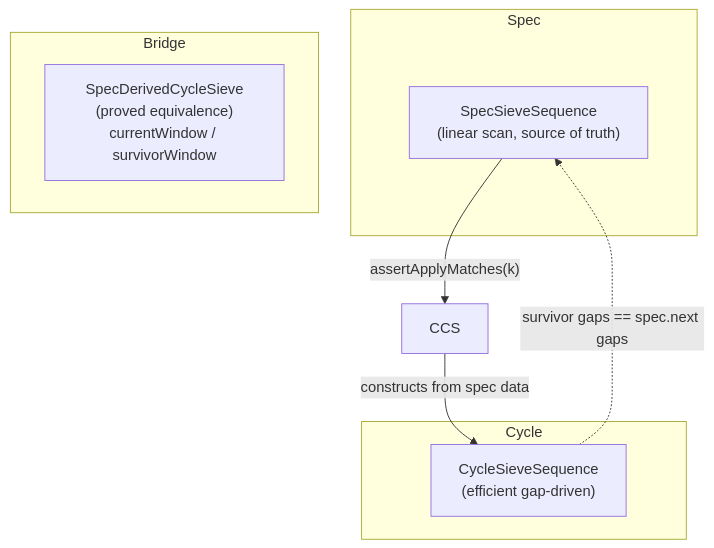
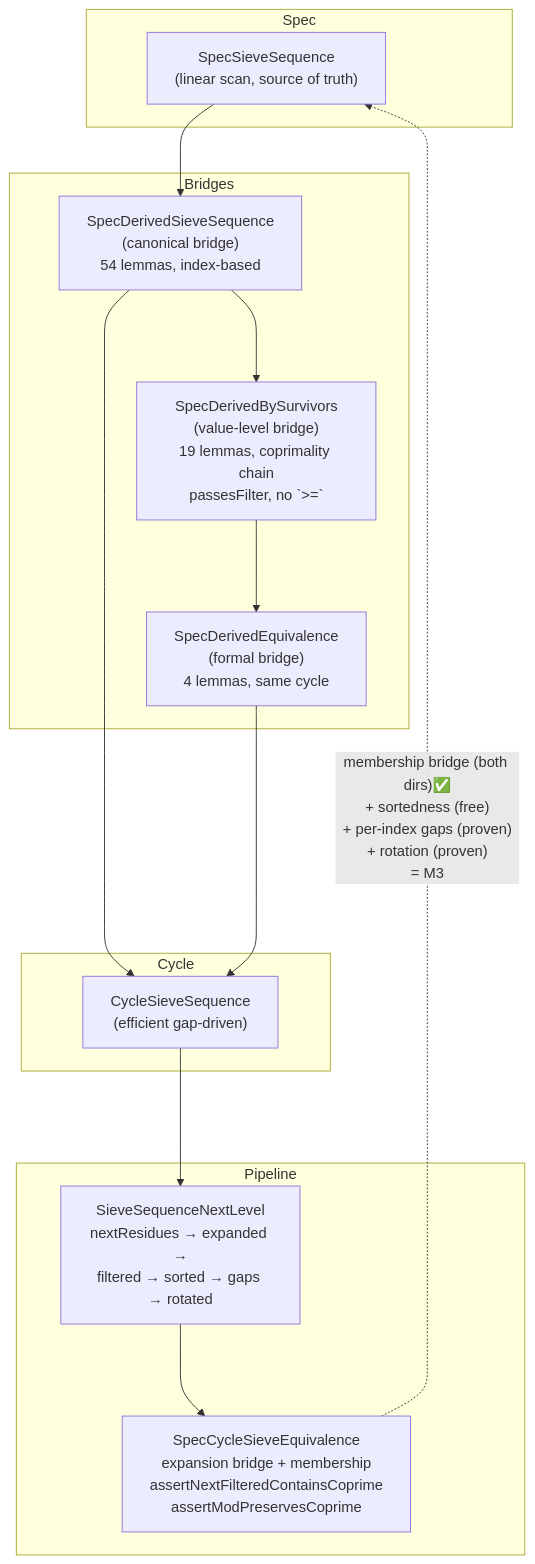
Before and after one commit to thiagomata/prime-numbers: the fourth of 5 diagrams in docs/architecture.md, drawn with Mermaid. The commit also changed other lines of this file and 4 other files, not shown here.

````diff
--- a/docs/architecture.md
+++ b/docs/architecture.md
@@ -202,16 +202,27 @@
 ```mermaid
 flowchart TB
     subgraph Spec
         SS["SpecSieveSequence\n(linear scan, source of truth)"]
     end
-    subgraph Bridge
-        SDS["SpecDerivedCycleSieve\n(proved equivalence)\ncurrentWindow / survivorWindow"]
+    subgraph Bridges
+        SDS["SpecDerivedSieveSequence\n(canonical bridge)\n54 lemmas, index-based"]
+        SDBS["SpecDerivedBySurvivors\n(value-level bridge)\n19 lemmas, coprimality chain\npassesFilter, no `>=`"]
+        SDE["SpecDerivedEquivalence\n(formal bridge)\n4 lemmas, same cycle"]
     end
     subgraph Cycle
         CS["CycleSieveSequence\n(efficient gap-driven)"]
     end
+    subgraph Pipeline
+        SNL["SieveSequenceNextLevel\nnextResidues → expanded →\nfiltered → sorted → gaps → rotated"]
+        SCE["SpecCycleSieveEquivalence\nexpansion bridge + membership\nassertNextFilteredContainsCoprime\nassertModPreservesCoprime"]
+    end
 
-    SS -- "assertApplyMatches(k)" --> CCS
-    CCS -- "constructs from spec data" --> CS
-    CS -. "survivor gaps == spec.next gaps" .-> SS
+    SS --> SDS
+    SDS --> CS
+    SDS ---> SDBS
+    SDBS ---> SDE
+    SDE ---> CS
+    CS ---> SNL
+    SNL ---> SCE
+    SCE -. "membership bridge (both dirs)✅\n+ sortedness (free)\n+ per-index gaps (proven)\n+ rotation (proven)\n= M3" .-> SS
 ```
````
